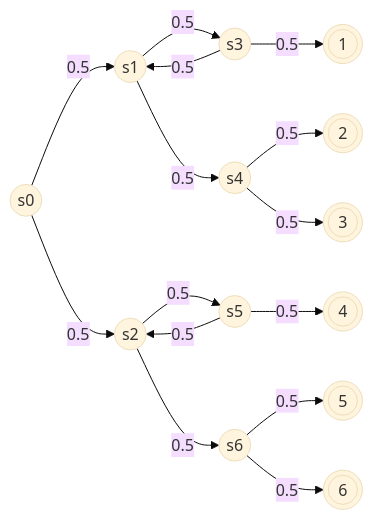
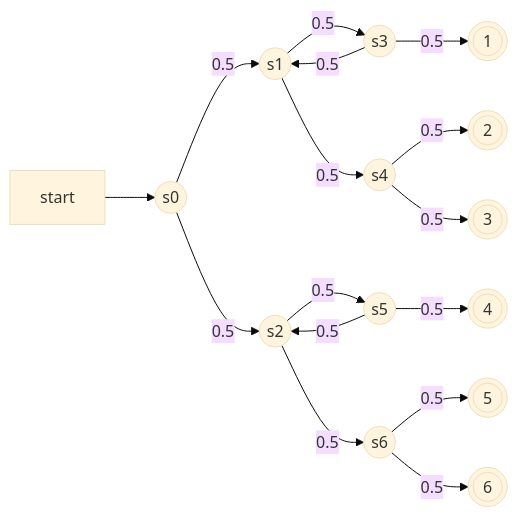
One commit to WanakitsamphanTh/stochastic-rust changed the diagram in README.md. Above: the diagram before and after it, drawn with Mermaid (base theme).

````diff
--- a/README.md
+++ b/README.md
@@ -2,17 +2,18 @@
 ```mermaid
 flowchart LR
-    s0((s0)) --0.5--> s1((s1))
+    start:::hidden --> s0((s0))
+    s0 --0.5--> s1((s1))
     s0 --0.5--> s2((s2))
     s1 --0.5--> s3((s3))
     s1 --0.5--> s4((s4))
     s3 --0.5--> s1
     s3 --0.5--> 1@{ shape: dbl-circ, label: "1" }
     s4 --0.5--> 2@{ shape: dbl-circ, label: "2" }
     s4 --0.5--> 3@{ shape: dbl-circ, label: "3" }
     s2 --0.5--> s5((s5))
     s2 --0.5--> s6((s6))
     s5 --0.5--> s2
     s5 --0.5--> 4@{ shape: dbl-circ, label: "4" }
     s6 --0.5--> 5@{ shape: dbl-circ, label: "5" }
     s6 --0.5--> 6@{ shape: dbl-circ, label: "6" }
 ```
````
